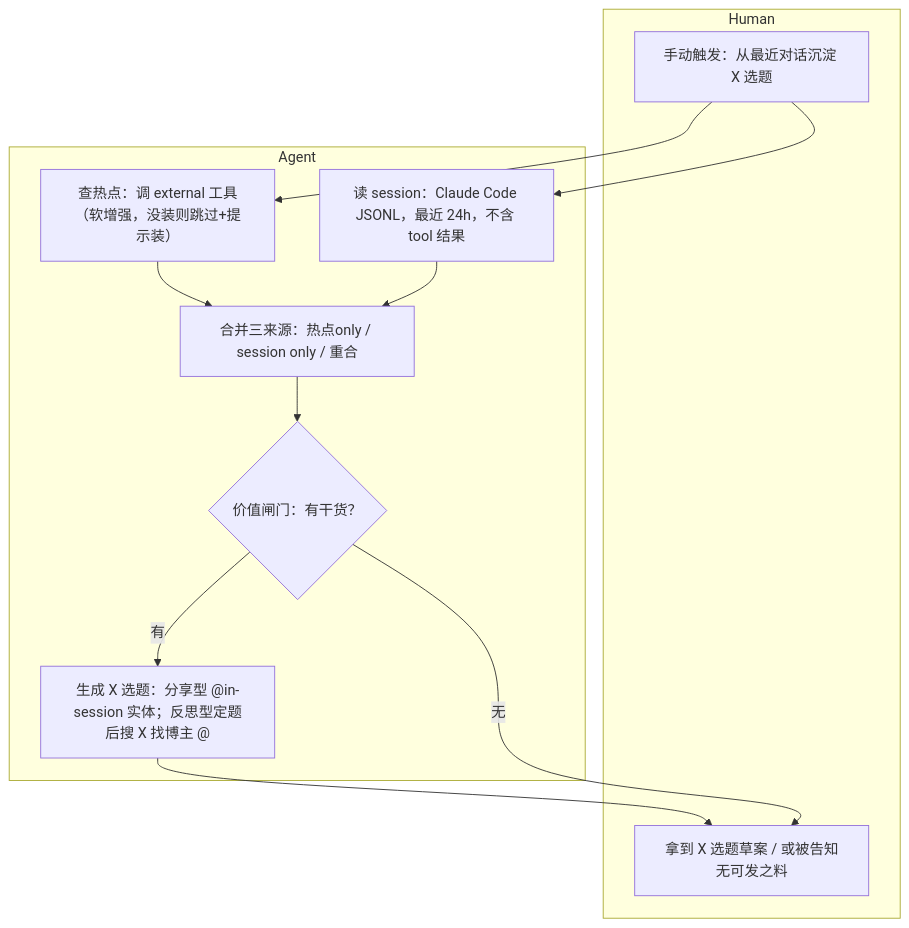
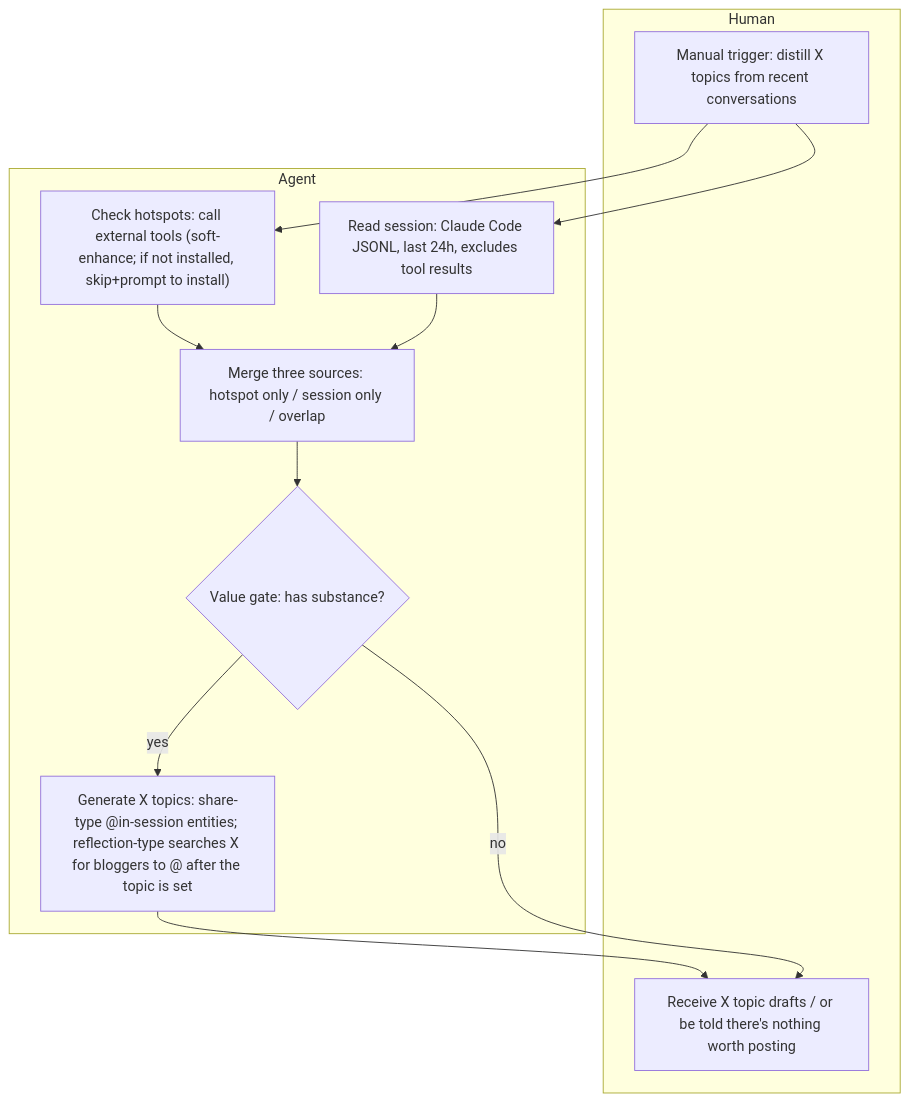
One commit to tigerless-labs/auto-gtm changed the first of 2 diagrams in docs/design-harness/output/system.md. Above: the diagram before and after it, drawn with Mermaid. The commit also changed other lines of this file and 32 other files, not shown here.

````diff
--- a/docs/design-harness/output/system.md
+++ b/docs/design-harness/output/system.md
@@ -7,25 +7,25 @@
 ```mermaid
 flowchart TD
   subgraph Human
-    T["手动触发：从最近对话沉淀 X 选题"]
-    R["拿到 X 选题草案 / 或被告知无可发之料"]
+    T["Manual trigger: distill X topics from recent conversations"]
+    R["Receive X topic drafts / or be told there's nothing worth posting"]
   end
   subgraph Agent
-    H["查热点：调 external 工具（软增强，没装则跳过+提示装）"]
-    S["读 session：Claude Code JSONL，最近 24h，不含 tool 结果"]
-    M["合并三来源：热点only / session only / 重合"]
-    G{"价值闸门：有干货？"}
-    TG["生成 X 选题：分享型 @in-session 实体；反思型定题后搜 X 找博主 @"]
+    H["Check hotspots: call external tools (soft-enhance; if not installed, skip+prompt to install)"]
+    S["Read session: Claude Code JSONL, last 24h, excludes tool results"]
+    M["Merge three sources: hotspot only / session only / overlap"]
+    G{"Value gate: has substance?"}
+    TG["Generate X topics: share-type @in-session entities; reflection-type searches X for bloggers to @ after the topic is set"]
   end
   T --> H
   T --> S
   H --> M
   S --> M
   M --> G
-  G -- 有 --> TG --> R
-  G -- 无 --> R
+  G -- yes --> TG --> R
+  G -- no --> R
   click H "modules/hotspot-fetcher.md"
   click S "modules/session-reader.md"
   click M "modules/distiller.md"
   click TG "modules/topic-generator.md"
 ```
````
